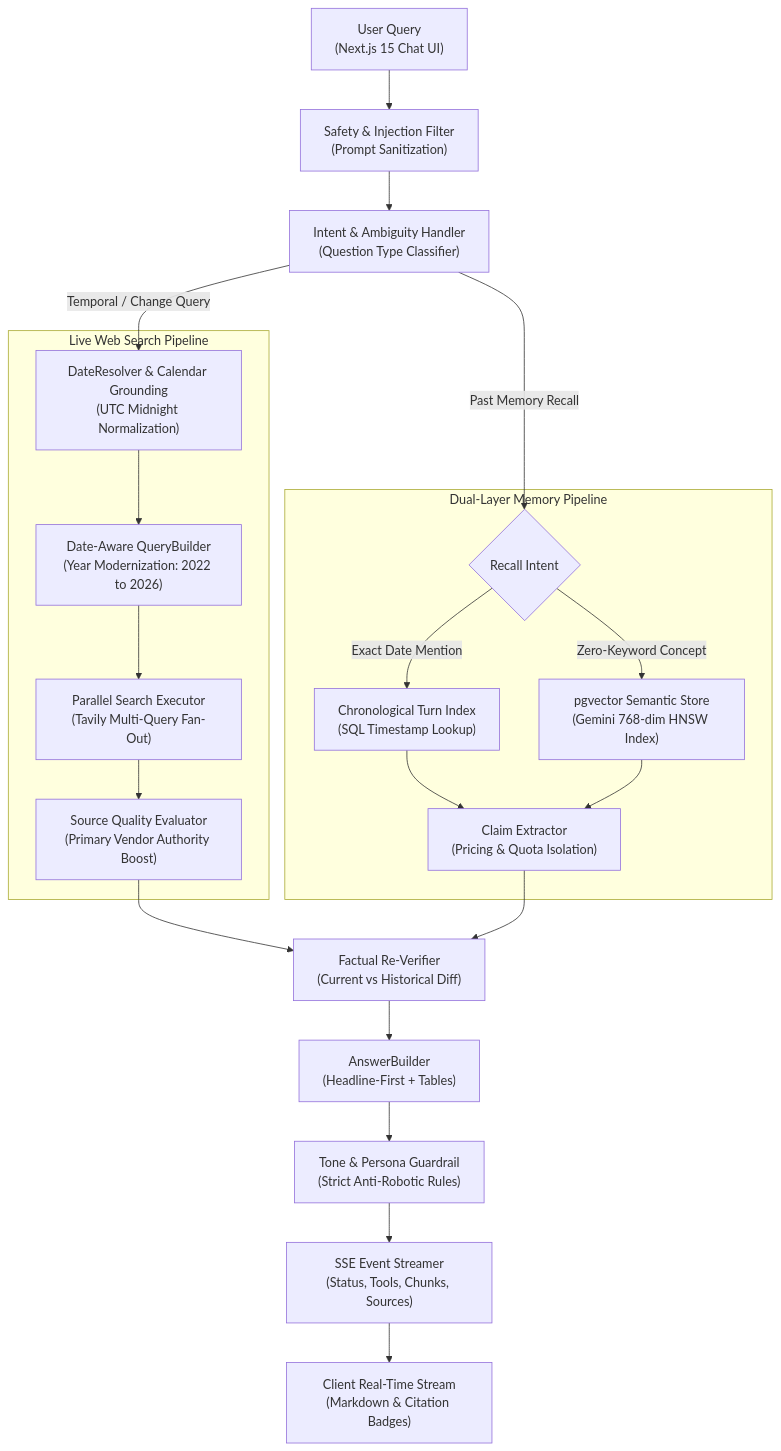
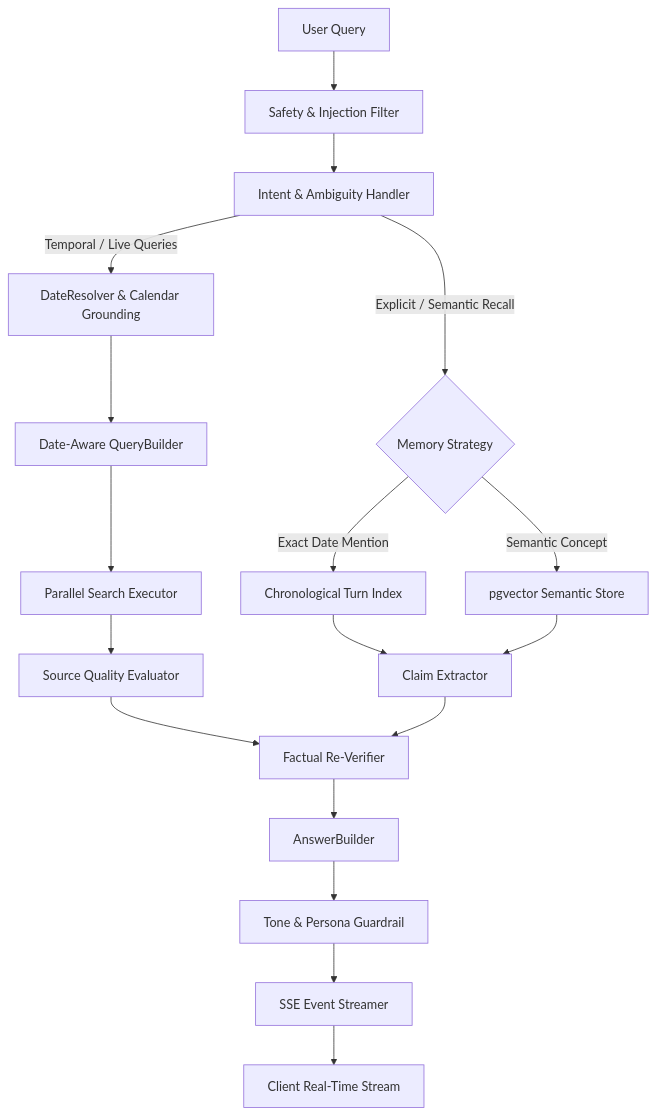
One commit to Sagar-1103/minimi-challenge changed the diagram in DESIGN.md. Above: the diagram before and after it, drawn with Mermaid. The commit also changed 2 other files, not shown here.

Commit message:
changed architecture image

````diff
--- a/DESIGN.md
+++ b/DESIGN.md
@@ -15,37 +17,24 @@
 ```mermaid
 flowchart TD
-    User["User Query\n(Next.js 15 Chat UI)"] --> Safety["Safety & Injection Filter\n(Prompt Sanitization)"]
-    Safety --> Intent["Intent & Ambiguity Handler\n(Question Type Classifier)"]
+    User["User Query"] --> Safety["Safety & Injection Filter"]
+    Safety --> Intent["Intent & Ambiguity Handler"]
 
-    subgraph SearchPipeline ["Live Web Search Pipeline"]
-        Resolver["DateResolver & Calendar Grounding\n(UTC Midnight Normalization)"]
-        QueryBuilder["Date-Aware QueryBuilder\n(Year Modernization: 2022 to 2026)"]
-        Tavily["Parallel Search Executor\n(Tavily Multi-Query Fan-Out)"]
-        Scorer["Source Quality Evaluator\n(Primary Vendor Authority Boost)"]
-        
-        Resolver --> QueryBuilder --> Tavily --> Scorer
-    end
+    Intent -->|"Temporal / Live Queries"| Resolver["DateResolver & Calendar Grounding"]
+    Resolver --> QueryBuilder["Date-Aware QueryBuilder"]
+    QueryBuilder --> Search["Parallel Search Executor"]
+    Search --> Scorer["Source Quality Evaluator"]
 
-    subgraph MemoryPipeline ["Dual-Layer Memory Pipeline"]
-        Strategy{"Recall Intent"}
-        TurnLookup["Chronological Turn Index\n(SQL Timestamp Lookup)"]
-        VectorStore["pgvector Semantic Store\n(Gemini 768-dim HNSW Index)"]
-        ClaimExtractor["Claim Extractor\n(Pricing & Quota Isolation)"]
-        
-        Strategy -->|"Exact Date Mention"| TurnLookup
-        Strategy -->|"Zero-Keyword Concept"| VectorStore
-        TurnLookup --> ClaimExtractor
-        VectorStore --> ClaimExtractor
-    end
+    Intent -->|"Explicit / Semantic Recall"| Strategy{"Memory Strategy"}
+    Strategy -->|"Exact Date Mention"| TurnIndex["Chronological Turn Index"]
+    Strategy -->|"Semantic Concept"| VectorStore["pgvector Semantic Store"]
+    TurnIndex --> ClaimExtractor["Claim Extractor"]
+    VectorStore --> ClaimExtractor
 
-    Intent -->|"Temporal / Change Query"| Resolver
-    Intent -->|"Past Memory Recall"| Strategy
-
-    Scorer --> ReVerifier["Factual Re-Verifier\n(Current vs Historical Diff)"]
+    Scorer --> ReVerifier["Factual Re-Verifier"]
     ClaimExtractor --> ReVerifier
 
-    ReVerifier --> AnswerBuilder["AnswerBuilder\n(Headline-First + Tables)"]
-    AnswerBuilder --> Tone["Tone & Persona Guardrail\n(Strict Anti-Robotic Rules)"]
-    Tone --> SSE["SSE Event Streamer\n(Status, Tools, Chunks, Sources)"]
-    SSE --> Client["Client Real-Time Stream\n(Markdown & Citation Badges)"]
+    ReVerifier --> AnswerBuilder["AnswerBuilder"]
+    AnswerBuilder --> Tone["Tone & Persona Guardrail"]
+    Tone --> SSE["SSE Event Streamer"]
+    SSE --> Client["Client Real-Time Stream"]
 ```
````
